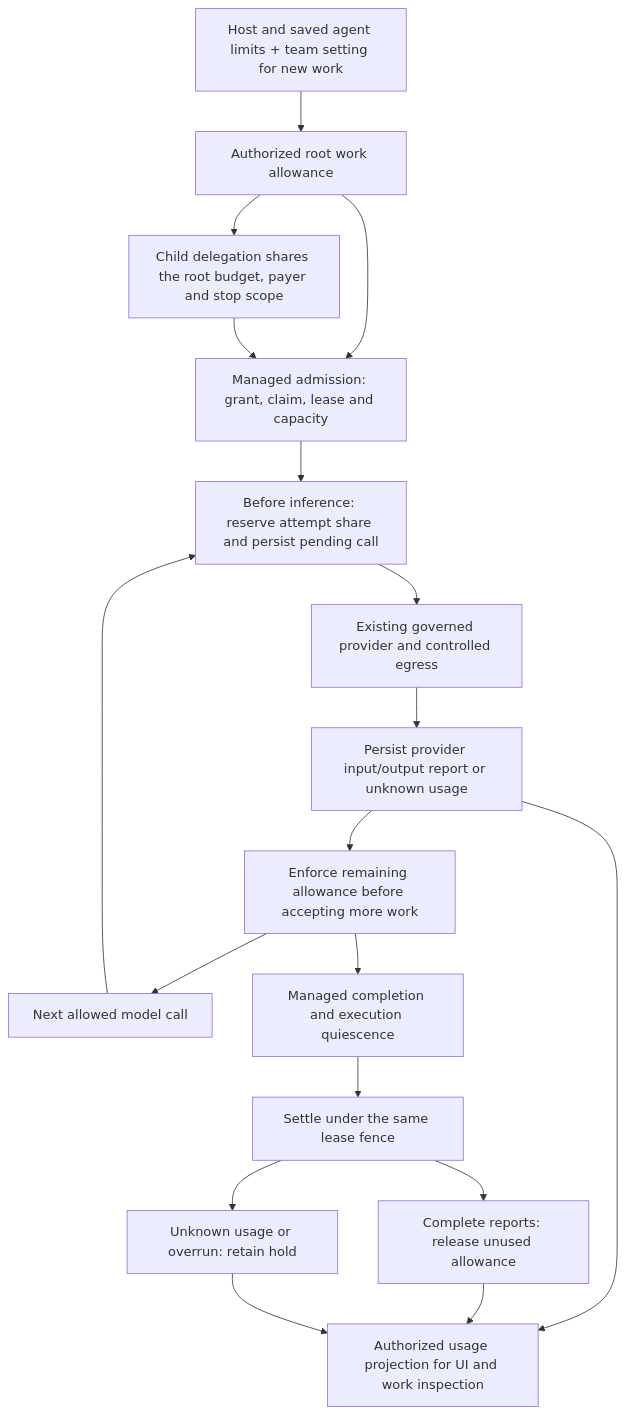
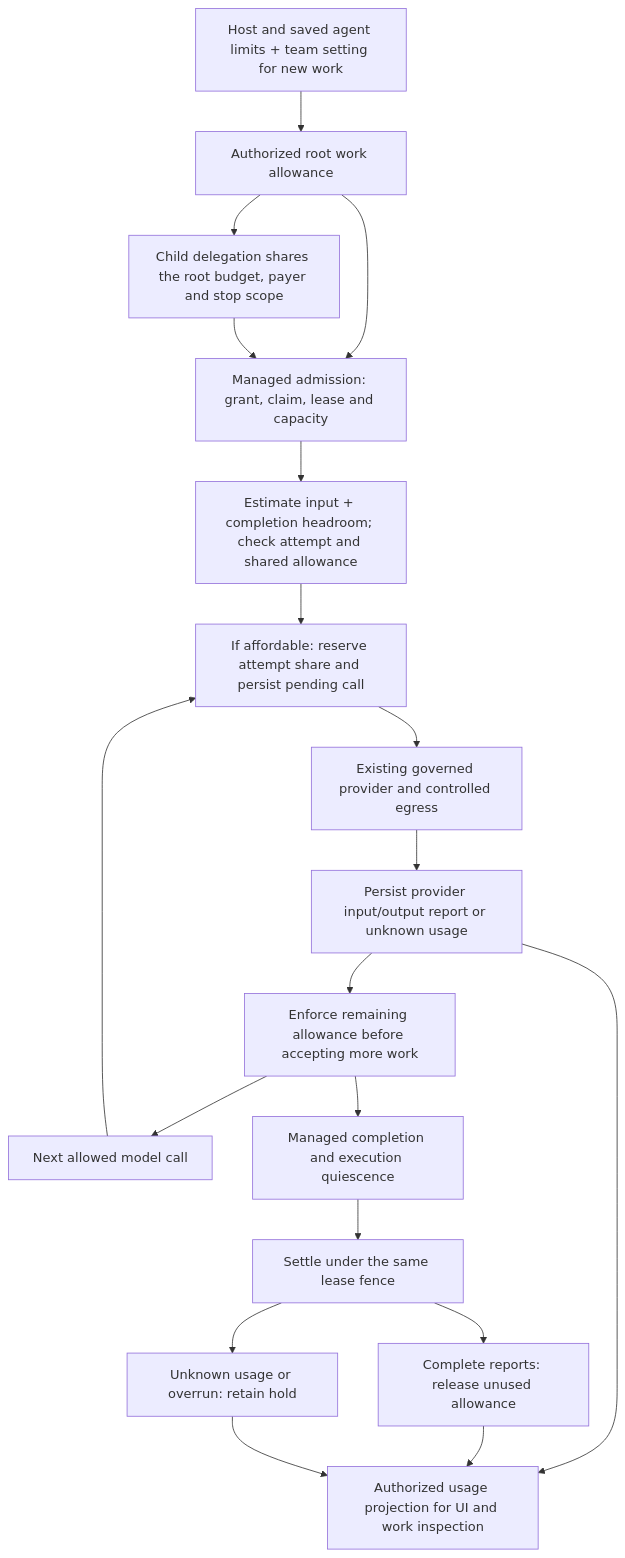
Before and after one commit to tetonic-labs/tetonic: the diagram in docs/architecture/durable-state-and-contracts.md, drawn with Mermaid. The commit also changed other lines of this file and 41 other files, not shown here.

Commit message:
fix(budgets): reserve inference input and isolate exhausted work

````diff
--- a/docs/architecture/durable-state-and-contracts.md
+++ b/docs/architecture/durable-state-and-contracts.md
@@ -82,20 +82,21 @@
 ```mermaid
 flowchart TD
     Settings["Host and saved agent limits + team setting for new work"] --> Fund["Authorized root work allowance"]
     Fund --> Allocate["Child delegation shares the root budget, payer and stop scope"]
     Fund --> Admit["Managed admission: grant, claim, lease and capacity"]
     Allocate --> Admit
-    Admit --> Reserve["Before inference: reserve attempt share and persist pending call"]
+    Admit --> Preflight["Estimate input + completion headroom; check attempt and shared allowance"]
+    Preflight --> Reserve["If affordable: reserve attempt share and persist pending call"]
     Reserve --> Provider["Existing governed provider and controlled egress"]
     Provider --> Report["Persist provider input/output report or unknown usage"]
     Report --> Guard["Enforce remaining allowance before accepting more work"]
     Guard --> Next["Next allowed model call"]
     Next --> Reserve
     Guard --> Terminal["Managed completion and execution quiescence"]
     Terminal --> Settle["Settle under the same lease fence"]
     Settle --> Release["Complete reports: release unused allowance"]
     Settle --> Hold["Unknown usage or overrun: retain hold"]
     Report --> Read["Authorized usage projection for UI and work inspection"]
     Release --> Read
     Hold --> Read
 ```
````
